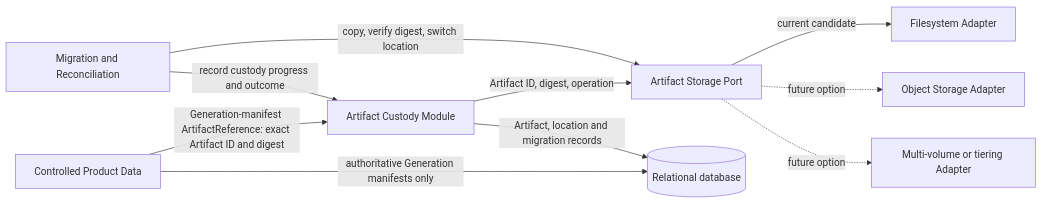
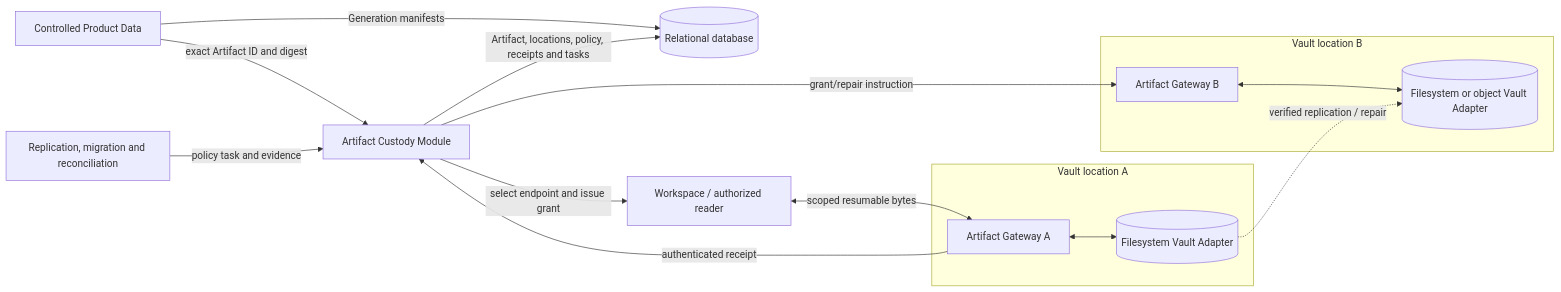
One commit to devphuclam/IDEAEngineering changed diagram 24 of 28 in docs/product/instances/idea-engineering/DOC-05-architecture-description.md. Above: the diagram before and after it, drawn with Mermaid. The commit also changed other lines of this file and 496 other files, not shown here.

Commit message:
docs: update vault architecture and clean repository evidence

````diff
--- a/docs/product/instances/idea-engineering/DOC-05-architecture-description.md
+++ b/docs/product/instances/idea-engineering/DOC-05-architecture-description.md
@@ -2206,15 +2276,28 @@
 ```mermaid
 flowchart LR
-    accTitle: Artifact storage evolution boundary
-    accDescr: Artifact Custody identifies Artifacts by stable identity and digest and calls one storage interface. Controlled Product Data retains CPD ArtifactReferences only in Generation manifests; Product Structure and Format Intelligence keep any exact ArtifactId/digest pins inside their own Representation metadata. A filesystem adapter is the current candidate; later object or multi-volume adapters can replace it. Migration copies and verifies bytes before changing custody location records, without changing Generations or Releases.
+    accTitle: Multi-location Artifact custody and evolution
+    accDescr: Controlled Product Data pins only logical Artifact identity and digest. Artifact Custody owns location selection, short-lived grants, receipt validation and a versioned durability policy. Clients transfer bytes through a selected Gateway. The same logical Artifact may have verified locations in several filesystem or object-storage Vaults. Replication, repair, migration and failover change location records only; they never rewrite a Generation or Release.
 
-    Product[Controlled Product Data] -->|Generation-manifest ArtifactReference: exact Artifact ID and digest| Custody[Artifact Custody Module]
-    Custody -->|Artifact ID, digest, operation| Port[Artifact Storage Port]
-    Port -->|current candidate| FS[Filesystem Adapter]
-    Port -.->|future option| OBJ[Object Storage Adapter]
-    Port -.->|future option| MULTI[Multi-volume or tiering Adapter]
-    Product -->|authoritative Generation manifests only| DB[(Relational database)]
-    Custody -->|Artifact, location and migration records| DB
-    MIG[Migration and Reconciliation] -->|copy, verify digest, switch location| Port
-    MIG -->|record custody progress and outcome| Custody
+    Product[Controlled Product Data] -->|exact Artifact ID and digest| Custody[Artifact Custody Module]
+    Product -->|Generation manifests| DB[(Relational database)]
+    Custody -->|Artifact, locations, policy, receipts and tasks| DB
+    Custody -->|select endpoint and issue grant| Client[Workspace / authorized reader]
+
+    subgraph A[Vault location A]
+      GatewayA[Artifact Gateway A]
+      FSA[(Filesystem Vault Adapter)]
+      GatewayA <--> FSA
+    end
+
+    subgraph B[Vault location B]
+      GatewayB[Artifact Gateway B]
+      FSB[(Filesystem or object Vault Adapter)]
+      GatewayB <--> FSB
+    end
+
+    Client <-->|scoped resumable bytes| GatewayA
+    GatewayA -->|authenticated receipt| Custody
+    FSA -.->|verified replication / repair| FSB
+    RECON[Replication, migration and reconciliation] -->|policy task and evidence| Custody
+    Custody -->|grant/repair instruction| GatewayB
 ```
````
